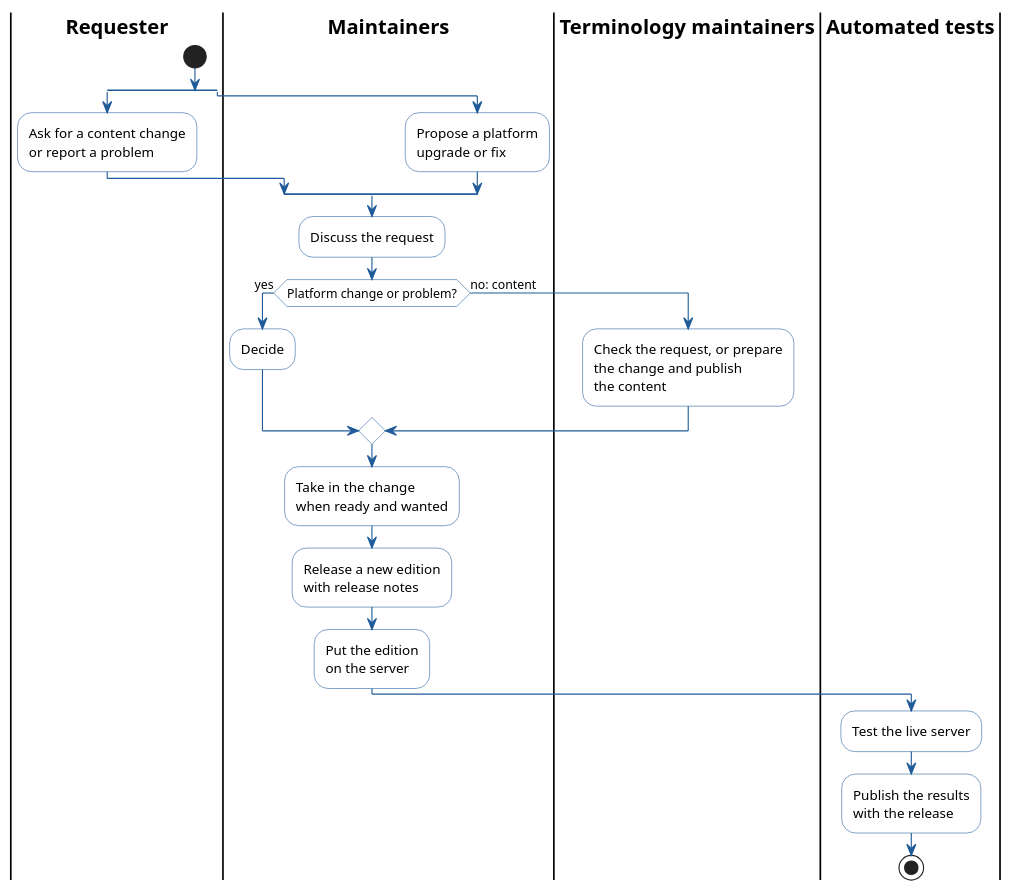
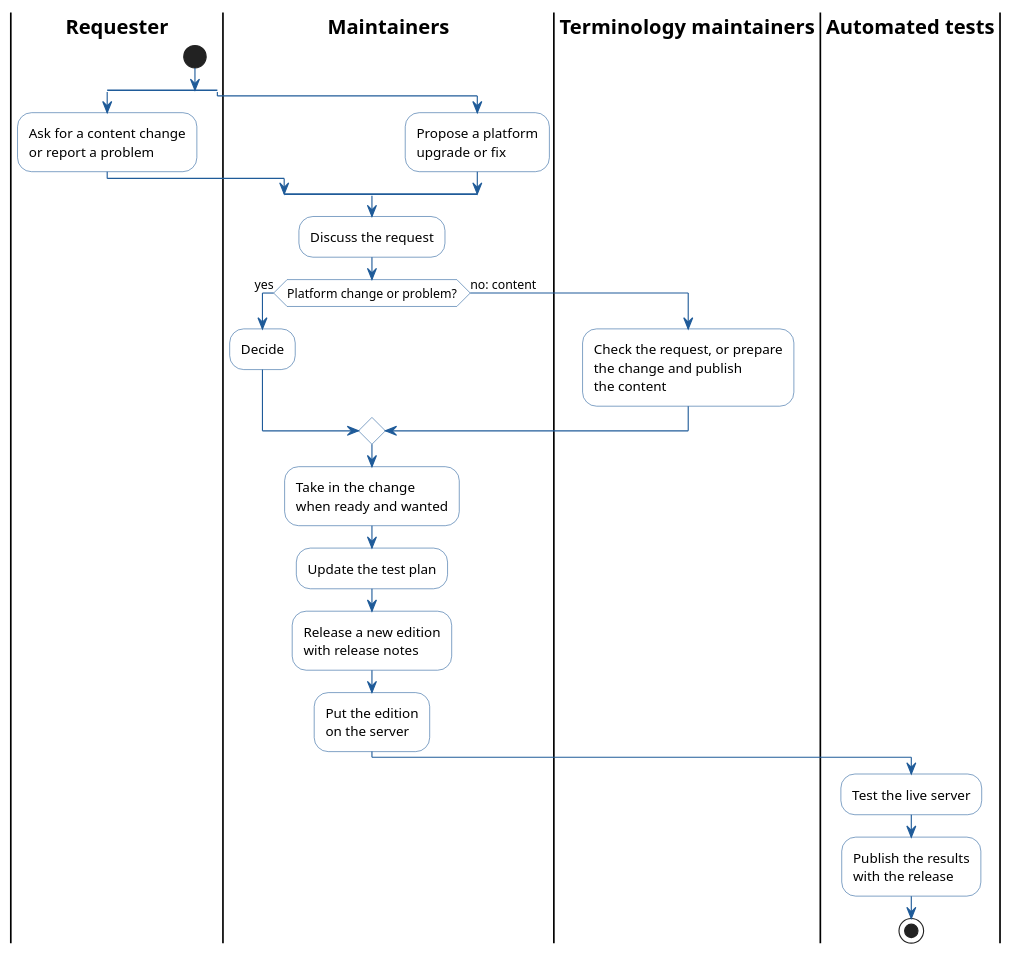
Before and after one commit to hl7-eu/tx.hl7europe.eu: the diagram in docs/index.md, drawn with PlantUML.

Commit message:
Home diagram: maintainers update the test plan before the release
Refs #11

```diff
--- a/docs/index.md
+++ b/docs/index.md
@@ -25,44 +25,45 @@
 @startuml
 skinparam shadowing false
 skinparam defaultFontName Arial
 skinparam ActivityBackgroundColor #FFFFFF
 skinparam ActivityBorderColor #1F5B99
 skinparam ArrowColor #1F5B99
 skinparam SwimlaneTitleFontStyle bold
 |Requester|
 |Maintainers|
 |Terminology maintainers|
 |Automated tests|
 |Requester|
 start
 split
   :Ask for a content change
   or report a problem;
 split again
   |Maintainers|
   :Propose a platform
   upgrade or fix;
 end split
 |Maintainers|
 :Discuss the request;
 if (Platform change or problem?) then (yes)
   :Decide;
 else (no: content)
   |Terminology maintainers|
   :Check the request, or prepare
   the change and publish
   the content;
   |Maintainers|
 endif
 :Take in the change
 when ready and wanted;
+:Update the test plan;
 :Release a new edition
 with release notes;
 :Put the edition
 on the server;
 |Automated tests|
 :Test the live server;
 :Publish the results
 with the release;
 stop
 @enduml
```
